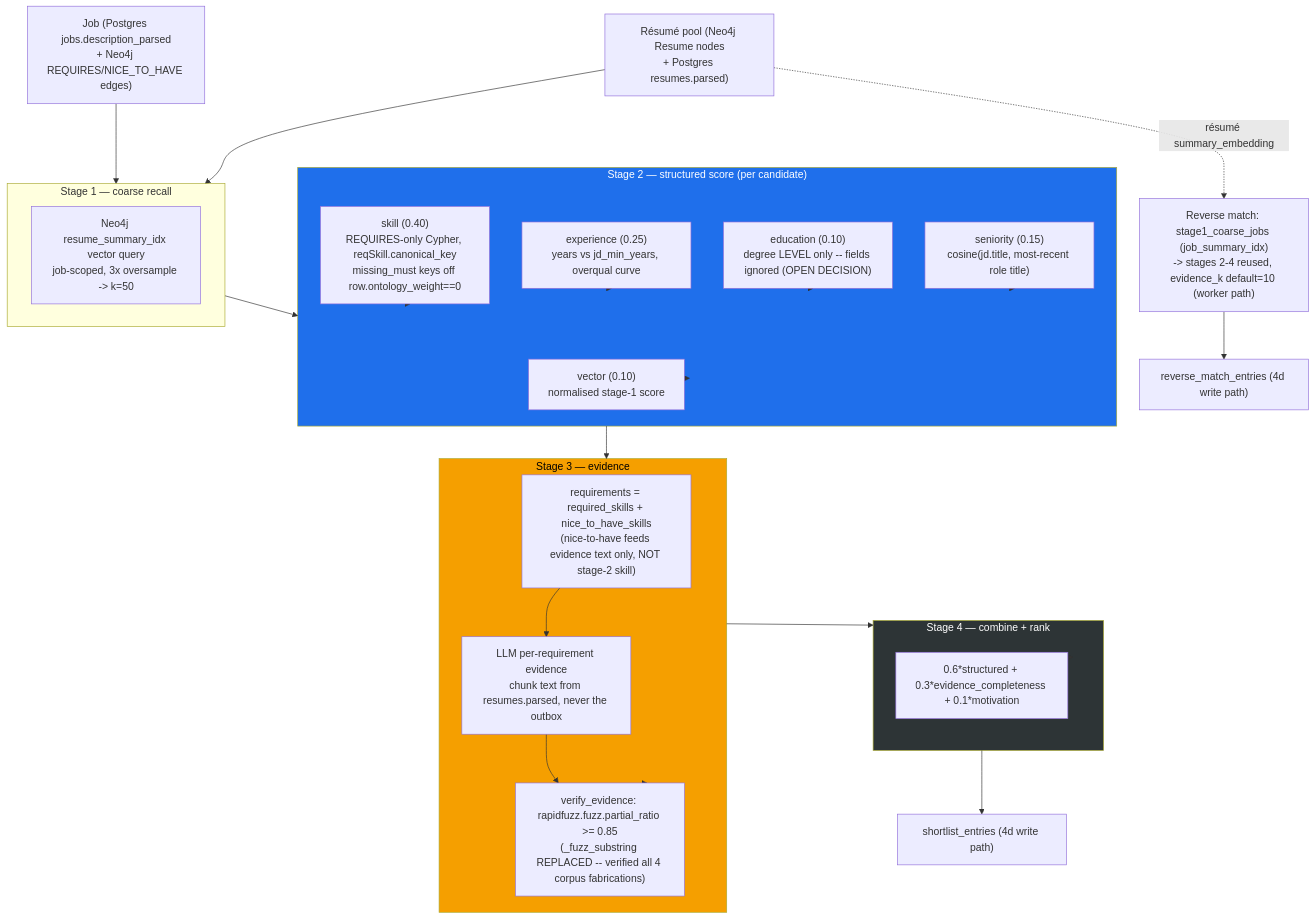
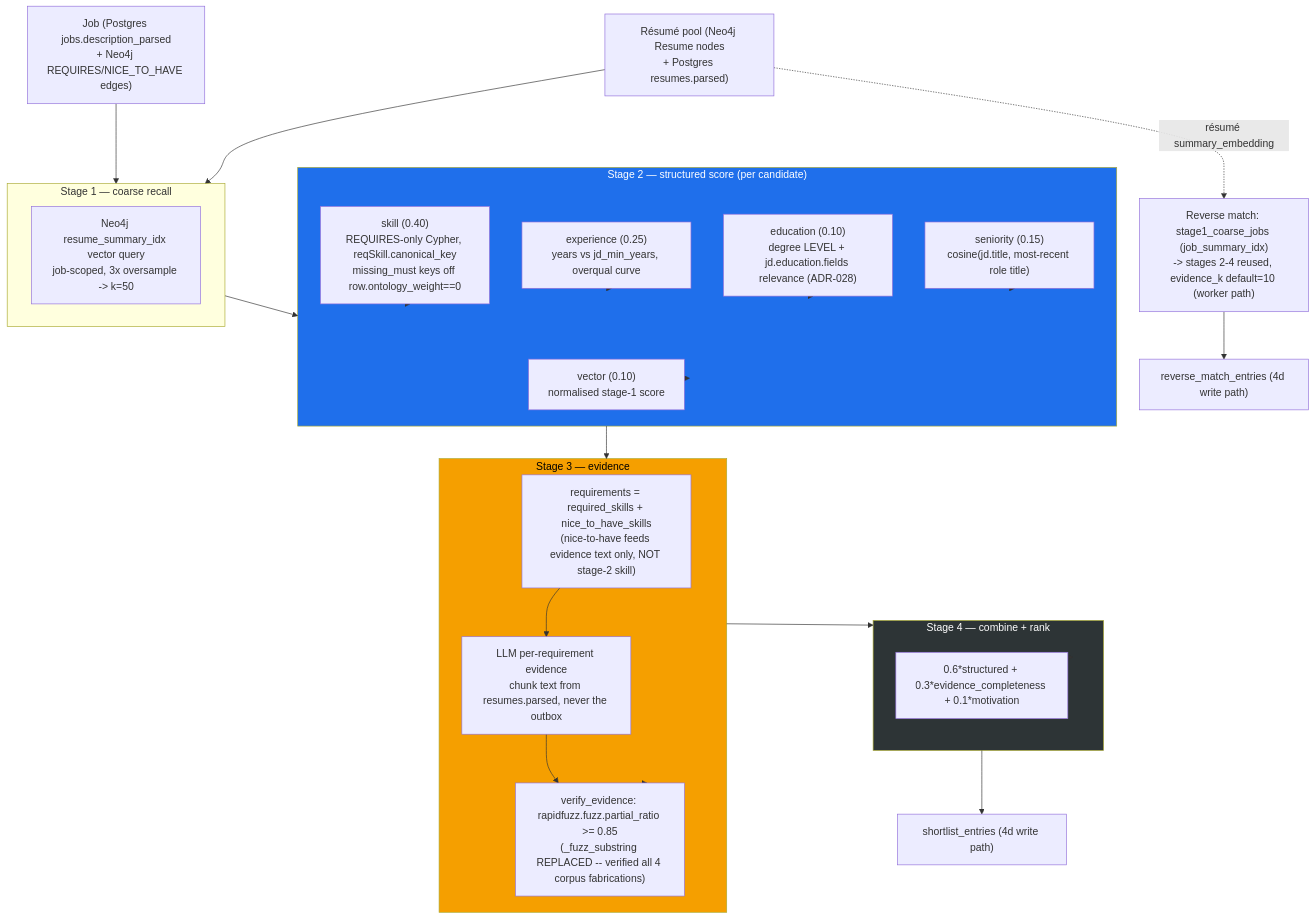
The diagram in docs/adr/009-matching-engine-port.md (humanaxiom/recruiter-assistant), drawn with Mermaid before and after one commit. The commit also changed other lines of this file and 12 other files, not shown here.

First line of the commit message:
feat: education field-of-study relevance (resolve ADR-009 §7 / ADR-028) (#49)

````diff
--- a/docs/adr/009-matching-engine-port.md
+++ b/docs/adr/009-matching-engine-port.md
@@ -176,49 +182,49 @@
 ```mermaid
 flowchart TB
     JD["Job (Postgres jobs.description_parsed<br/>+ Neo4j REQUIRES/NICE_TO_HAVE edges)"]
     RES["Résumé pool (Neo4j Resume nodes<br/>+ Postgres resumes.parsed)"]
 
     subgraph S1["Stage 1 — coarse recall"]
         V1["Neo4j resume_summary_idx vector query<br/>job-scoped, 3x oversample -> k=50"]
     end
 
     subgraph S2["Stage 2 — structured score (per candidate)"]
         SK["skill (0.40)<br/>REQUIRES-only Cypher, reqSkill.canonical_key<br/>missing_must keys off row.ontology_weight==0"]
         EXP["experience (0.25)<br/>years vs jd_min_years, overqual curve"]
-        EDU["education (0.10)<br/>degree LEVEL only -- fields ignored (OPEN DECISION)"]
+        EDU["education (0.10)<br/>degree LEVEL + jd.education.fields relevance (ADR-028)"]
         SEN["seniority (0.15)<br/>cosine(jd.title, most-recent role title)"]
         VEC["vector (0.10)<br/>normalised stage-1 score"]
     end
 
     subgraph S3["Stage 3 — evidence"]
         REQ["requirements = required_skills + nice_to_have_skills<br/>(nice-to-have feeds evidence text only, NOT stage-2 skill)"]
         LLM["LLM per-requirement evidence<br/>chunk text from resumes.parsed, never the outbox"]
         VERIFY["verify_evidence: rapidfuzz.fuzz.partial_ratio >= 0.85<br/>(_fuzz_substring REPLACED -- verified all 4 corpus fabrications)"]
     end
 
     subgraph S4["Stage 4 — combine + rank"]
         COMB["0.6*structured + 0.3*evidence_completeness + 0.1*motivation"]
     end
 
     REV["Reverse match: stage1_coarse_jobs (job_summary_idx)<br/>-> stages 2-4 reused, evidence_k default=10 (worker path)"]
 
     JD --> S1
     RES --> S1
     S1 --> S2
     SK --> S2
     EXP --> S2
     EDU --> S2
     SEN --> S2
     VEC --> S2
     S2 --> S3
     REQ --> LLM --> VERIFY --> S3
     S3 --> S4
     COMB --> S4
     S4 --> OUT["shortlist_entries (4d write path)"]
     RES -.->|"résumé summary_embedding"| REV
     REV --> OUT2["reverse_match_entries (4d write path)"]
 
     style S2 fill:#1F6FEB,color:#fff
     style S3 fill:#F59F00,color:#000
     style S4 fill:#2D3436,color:#fff
 ```
````
